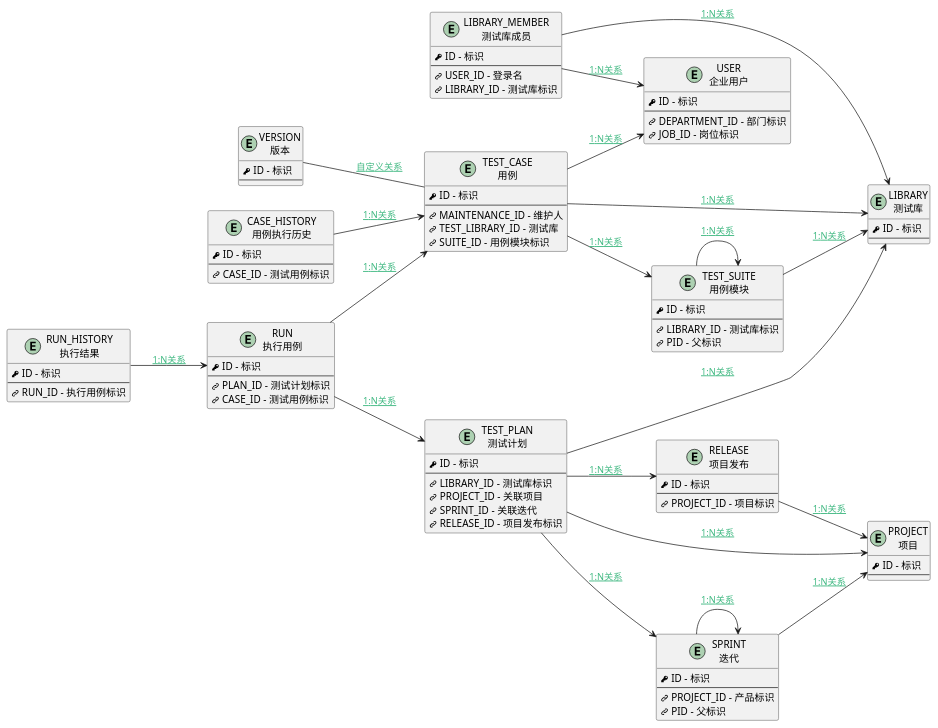
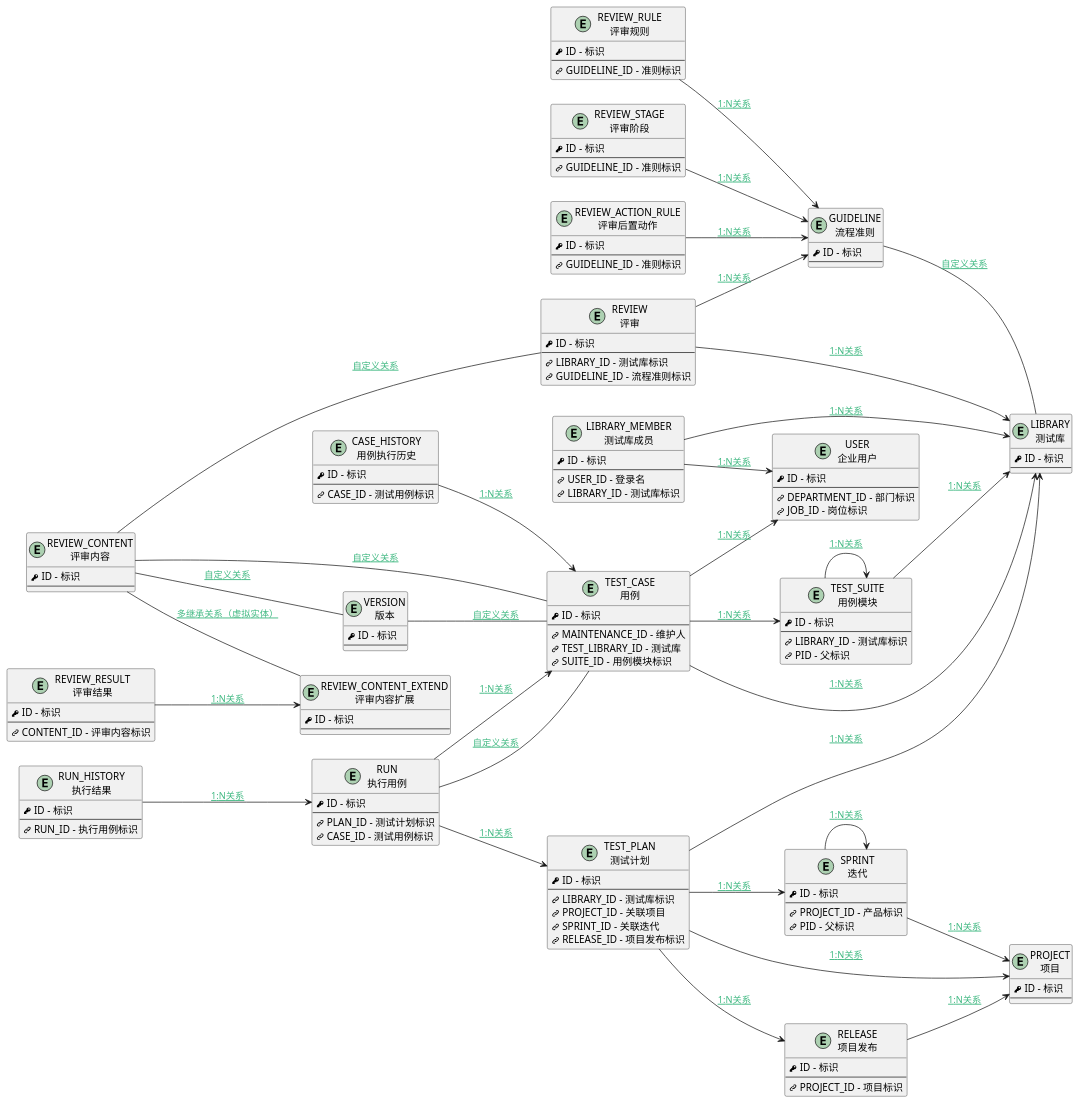
The diagram in doc/docsify/er/test_mgmt.md (iBizLab/plm), drawn with PlantUML before and after one commit. The commit also changed 2344 other files, not shown here.

```diff
--- a/doc/docsify/er/test_mgmt.md
+++ b/doc/docsify/er/test_mgmt.md
@@ -14,6 +14,10 @@
         <&key> ID - 标识
         --
         <&link-intact> CASE_ID - 测试用例标识
+}
+entity "GUIDELINE\n流程准则" as GUIDELINE [[$../module/TestMgmt/guideline {流程准则}]] {
+        <&key> ID - 标识
+        --
 }
 entity "LIBRARY\n测试库" as LIBRARY [[$../module/TestMgmt/library {测试库}]] {
         <&key> ID - 标识
@@ -33,6 +37,40 @@
         <&key> ID - 标识
         --
         <&link-intact> PROJECT_ID - 项目标识
+}
+entity "REVIEW\n评审" as REVIEW [[$../module/TestMgmt/review {评审}]] {
+        <&key> ID - 标识
+        --
+        <&link-intact> LIBRARY_ID - 测试库标识
+        <&link-intact> GUIDELINE_ID - 流程准则标识
+}
+entity "REVIEW_ACTION_RULE\n评审后置动作" as REVIEW_ACTION_RULE [[$../module/TestMgmt/review_action_rule {评审后置动作}]] {
+        <&key> ID - 标识
+        --
+        <&link-intact> GUIDELINE_ID - 准则标识
+}
+entity "REVIEW_CONTENT\n评审内容" as REVIEW_CONTENT [[$../module/TestMgmt/review_content {评审内容}]] {
+        <&key> ID - 标识
+        --
+}
+entity "REVIEW_CONTENT_EXTEND\n评审内容扩展" as REVIEW_CONTENT_EXTEND [[$../module/TestMgmt/review_content_extend {评审内容扩展}]] {
+        <&key> ID - 标识
+        --
+}
+entity "REVIEW_RESULT\n评审结果" as REVIEW_RESULT [[$../module/TestMgmt/review_result {评审结果}]] {
+        <&key> ID - 标识
+        --
+        <&link-intact> CONTENT_ID - 评审内容标识
+}
+entity "REVIEW_RULE\n评审规则" as REVIEW_RULE [[$../module/TestMgmt/review_rule {评审规则}]] {
+        <&key> ID - 标识
+        --
+        <&link-intact> GUIDELINE_ID - 准则标识
+}
+entity "REVIEW_STAGE\n评审阶段" as REVIEW_STAGE [[$../module/TestMgmt/review_stage {评审阶段}]] {
+        <&key> ID - 标识
+        --
+        <&link-intact> GUIDELINE_ID - 准则标识
 }
 entity "RUN\n执行用例" as RUN [[$../module/TestMgmt/run {执行用例}]] {
         <&key> ID - 标识
@@ -83,25 +121,37 @@
         --
 }
 
+REVIEW_ACTION_RULE--> GUIDELINE : [[$../der/DER1N_REVIEW_ACTION_RULE_GUIDELINE_GUIDELINE_ID{DER1N_REVIEW_ACTION_RULE_GUIDELINE_GUIDELINE_ID} 1:N关系]]
+REVIEW--> GUIDELINE : [[$../der/DER1N_REVIEW_GUIDELINE_GUIDELINE_ID{DER1N_REVIEW_GUIDELINE_GUIDELINE_ID} 1:N关系]]
+REVIEW_RULE--> GUIDELINE : [[$../der/DER1N_REVIEW_RULE_GUIDELINE_GUIDELINE_ID{DER1N_REVIEW_RULE_GUIDELINE_GUIDELINE_ID} 1:N关系]]
+REVIEW_STAGE--> GUIDELINE : [[$../der/DER1N_REVIEW_STAGE_GUIDELINE_GUIDELINE_ID{DER1N_REVIEW_STAGE_GUIDELINE_GUIDELINE_ID} 1:N关系]]
 LIBRARY_MEMBER--> LIBRARY : [[$../der/DER1N_LIBRARY_MEMBER_LIBRARY_LIBRARY_ID{DER1N_LIBRARY_MEMBER_LIBRARY_LIBRARY_ID} 1:N关系]]
+REVIEW--> LIBRARY : [[$../der/DER1N_REVIEW_LIBRARY_LIBRARY_ID{DER1N_REVIEW_LIBRARY_LIBRARY_ID} 1:N关系]]
 TEST_CASE--> LIBRARY : [[$../der/DER1N_TEST_CASE_LIBRARY_TEST_LIBRARY_ID{DER1N_TEST_CASE_LIBRARY_TEST_LIBRARY_ID} 1:N关系]]
 TEST_PLAN--> LIBRARY : [[$../der/DER1N_TEST_PLAN_LIBRARY_LIBRARY_ID{DER1N_TEST_PLAN_LIBRARY_LIBRARY_ID} 1:N关系]]
 TEST_SUITE--> LIBRARY : [[$../der/DER1N_TEST_SUITE_LIBRARY_LIBRARY_ID{DER1N_TEST_SUITE_LIBRARY_LIBRARY_ID} 1:N关系]]
+GUIDELINE-- LIBRARY : [[$../der/DERCUSTOM_GUIDELINE_LIBRARY_LIBRARY_ID{DERCUSTOM_GUIDELINE_LIBRARY_LIBRARY_ID} 自定义关系]]
 RELEASE--> PROJECT : [[$../der/DER1N_RELEASE_PROJECT_PROJECT_ID{DER1N_RELEASE_PROJECT_PROJECT_ID} 1:N关系]]
 SPRINT--> PROJECT : [[$../der/DER1N_SPRINT_PROJECT_PROJECT_ID{DER1N_SPRINT_PROJECT_PROJECT_ID} 1:N关系]]
 TEST_PLAN--> PROJECT : [[$../der/DER1N_TEST_PLAN_PROJECT_PROJECT_ID{DER1N_TEST_PLAN_PROJECT_PROJECT_ID} 1:N关系]]
 TEST_PLAN--> RELEASE : [[$../der/DER1N_TEST_PLAN_RELEASE_RELEASE_ID{DER1N_TEST_PLAN_RELEASE_RELEASE_ID} 1:N关系]]
+REVIEW_CONTENT-- REVIEW : [[$../der/DERCUSTOM_REVIEW_CONTENT_REVIEW{DERCUSTOM_REVIEW_CONTENT_REVIEW} 自定义关系]]
+REVIEW_RESULT--> REVIEW_CONTENT_EXTEND : [[$../der/DER1N_REVIEW_RESULT_REVIEW_CONTENT_EXTEND_CONTENT_ID{DER1N_REVIEW_RESULT_REVIEW_CONTENT_EXTEND_CONTENT_ID} 1:N关系]]
+REVIEW_CONTENT-- REVIEW_CONTENT_EXTEND : [[$../der/DERMULINH_REVIEW_CONTENT_REVIEW_CONTENT_EXTEND{DERMULINH_REVIEW_CONTENT_REVIEW_CONTENT_EXTEND} 多继承关系（虚拟实体）]]
 RUN_HISTORY--> RUN : [[$../der/DER1N_RUN_HISTORY_RUN_RUN_ID{DER1N_RUN_HISTORY_RUN_RUN_ID} 1:N关系]]
 SPRINT--> SPRINT : [[$../der/DER1N_SPRINT_SPRINT_PID{DER1N_SPRINT_SPRINT_PID} 1:N关系]]
 TEST_PLAN--> SPRINT : [[$../der/DER1N_TEST_PLAN_SPRINT_SPRINT_ID{DER1N_TEST_PLAN_SPRINT_SPRINT_ID} 1:N关系]]
 CASE_HISTORY--> TEST_CASE : [[$../der/DER1N_CASE_HISTORY_TEST_CASE_CASE_ID{DER1N_CASE_HISTORY_TEST_CASE_CASE_ID} 1:N关系]]
 RUN--> TEST_CASE : [[$../der/DER1N_RUN_TEST_CASE_CASE_ID{DER1N_RUN_TEST_CASE_CASE_ID} 1:N关系]]
+REVIEW_CONTENT-- TEST_CASE : [[$../der/DERCUSTOM_TEST_CASE_REVIEW_CONTENT{DERCUSTOM_TEST_CASE_REVIEW_CONTENT} 自定义关系]]
+RUN-- TEST_CASE : [[$../der/DERCUSTOM_TEST_CASE_RUN{DERCUSTOM_TEST_CASE_RUN} 自定义关系]]
 VERSION-- TEST_CASE : [[$../der/DERCUSTOM_VERSION_TEST_CASE{DERCUSTOM_VERSION_TEST_CASE} 自定义关系]]
 RUN--> TEST_PLAN : [[$../der/DER1N_RUN_TEST_PLAN_PLAN_ID{DER1N_RUN_TEST_PLAN_PLAN_ID} 1:N关系]]
 TEST_CASE--> TEST_SUITE : [[$../der/DER1N_TEST_CASE_TEST_SUITE_SUITE_ID{DER1N_TEST_CASE_TEST_SUITE_SUITE_ID} 1:N关系]]
 TEST_SUITE--> TEST_SUITE : [[$../der/DER1N_TEST_SUITE_TEST_SUITE_PID{DER1N_TEST_SUITE_TEST_SUITE_PID} 1:N关系]]
 LIBRARY_MEMBER--> USER : [[$../der/DER1N_LIBRARY_MEMBER_USER_USER_ID{DER1N_LIBRARY_MEMBER_USER_USER_ID} 1:N关系]]
 TEST_CASE--> USER : [[$../der/DER1N_TEST_CASE_USER_MAINTENANCE_ID{DER1N_TEST_CASE_USER_MAINTENANCE_ID} 1:N关系]]
+REVIEW_CONTENT-- VERSION : [[$../der/DERCUSTOM_REVIEW_CONTENT_VERSION{DERCUSTOM_REVIEW_CONTENT_VERSION} 自定义关系]]
 
 
 hide methods
```
